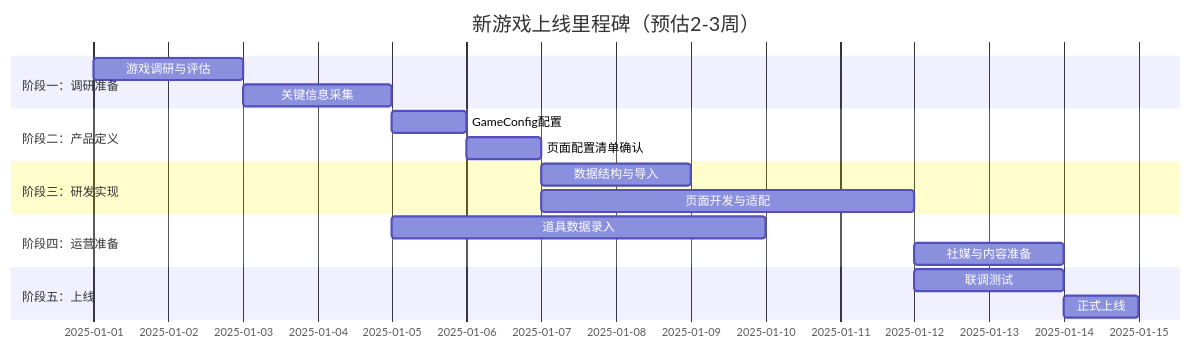
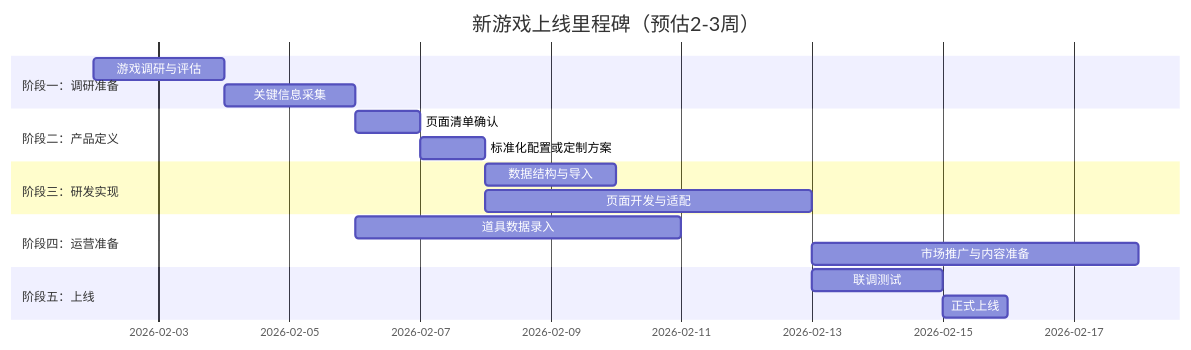
Before and after one commit to Vanessawxz07/garden-connect: the first of 2 diagrams in docs/sop/新游戏上线SOP.md, drawn with Mermaid. The commit also changed other lines of this file, not shown here.

````diff
--- a/docs/sop/新游戏上线SOP.md
+++ b/docs/sop/新游戏上线SOP.md
@@ -29,20 +29,20 @@
 ```mermaid
 gantt
     title 新游戏上线里程碑（预估2-3周）
     dateFormat  YYYY-MM-DD
     section 阶段一：调研准备
-    游戏调研与评估       :a1, 2025-01-01, 2d
+    游戏调研与评估       :a1, 2026-02-02, 2d
     关键信息采集         :a2, after a1, 2d
     section 阶段二：产品定义
-    GameConfig配置       :b1, after a2, 1d
-    页面配置清单确认     :b2, after b1, 1d
+    页面清单确认       :b1, after a2, 1d
+    标准化配置或定制方案     :b2, after b1, 1d
     section 阶段三：研发实现
     数据结构与导入       :c1, after b2, 2d
     页面开发与适配       :c2, after b2, 5d
     section 阶段四：运营准备
     道具数据录入         :d1, after a2, 5d
-    社媒与内容准备       :d2, after c2, 2d
+    市场推广与内容准备       :d2, after c2, 5d
     section 阶段五：上线
     联调测试             :e1, after c2, 2d
     正式上线             :e2, after e1, 1d
 ```
````
